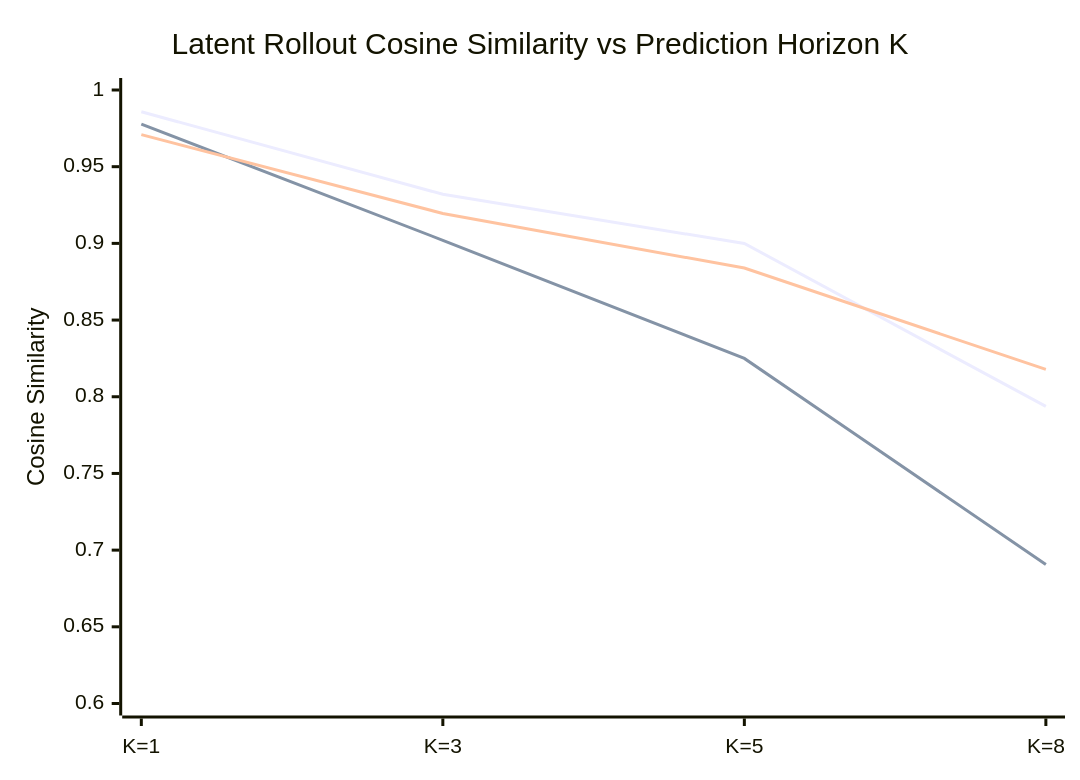
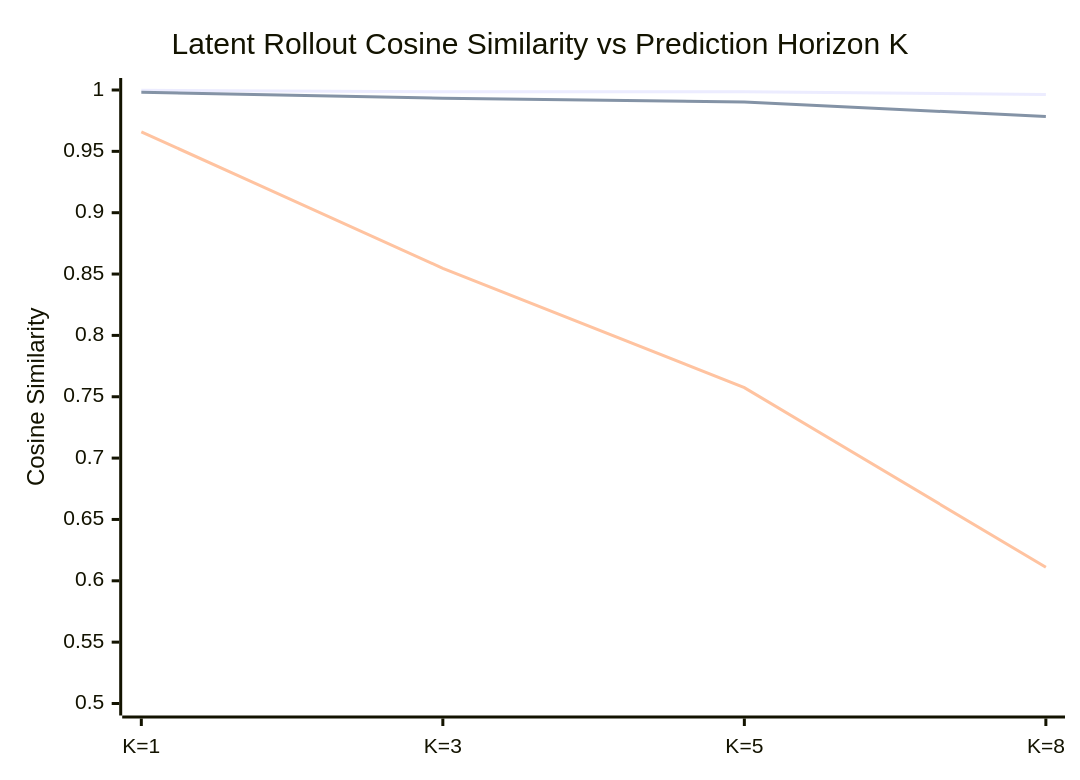
The diagram in research/reports/principle_validation_report.md (BrianHadianSTEI23/project-haphaestus), drawn with Mermaid before and after one commit. The commit also changed other lines of this file and 162 other files, not shown here.

````diff
--- a/research/reports/principle_validation_report.md
+++ b/research/reports/principle_validation_report.md
@@ -46,9 +46,9 @@
 ```mermaid
 xychart-beta
     title "Latent Rollout Cosine Similarity vs Prediction Horizon K"
     x-axis ["K=1", "K=3", "K=5", "K=8"]
-    y-axis "Cosine Similarity" 0.6 --> 1.0
-    line "H-JEPA (Hierarchical)" [0.9858, 0.9320, 0.8999, 0.7937]
-    line "LeWM (Recursive Rollout)" [0.9778, 0.9020, 0.8250, 0.6906]
-    line "Baseline (Static State)" [0.9709, 0.9195, 0.8839, 0.8178]
+    y-axis "Cosine Similarity" 0.5 --> 1.0
+    line "H-JEPA (Hierarchical Macro)" [0.9998, 0.9986, 0.9986, 0.9964]
+    line "Baseline (Static Latent)" [0.9981, 0.9933, 0.9902, 0.9784]
+    line "LeWM (Recursive Rollout)" [0.9659, 0.8547, 0.7574, 0.6110]
 ```
````
